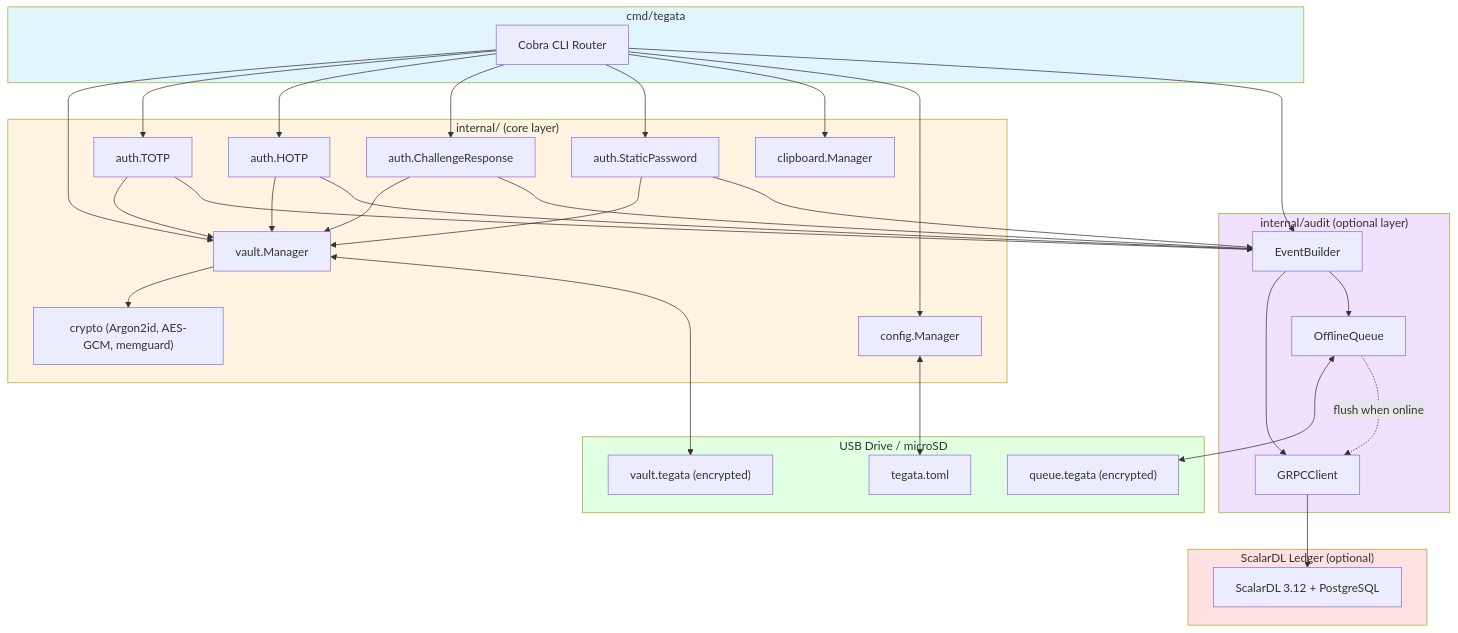
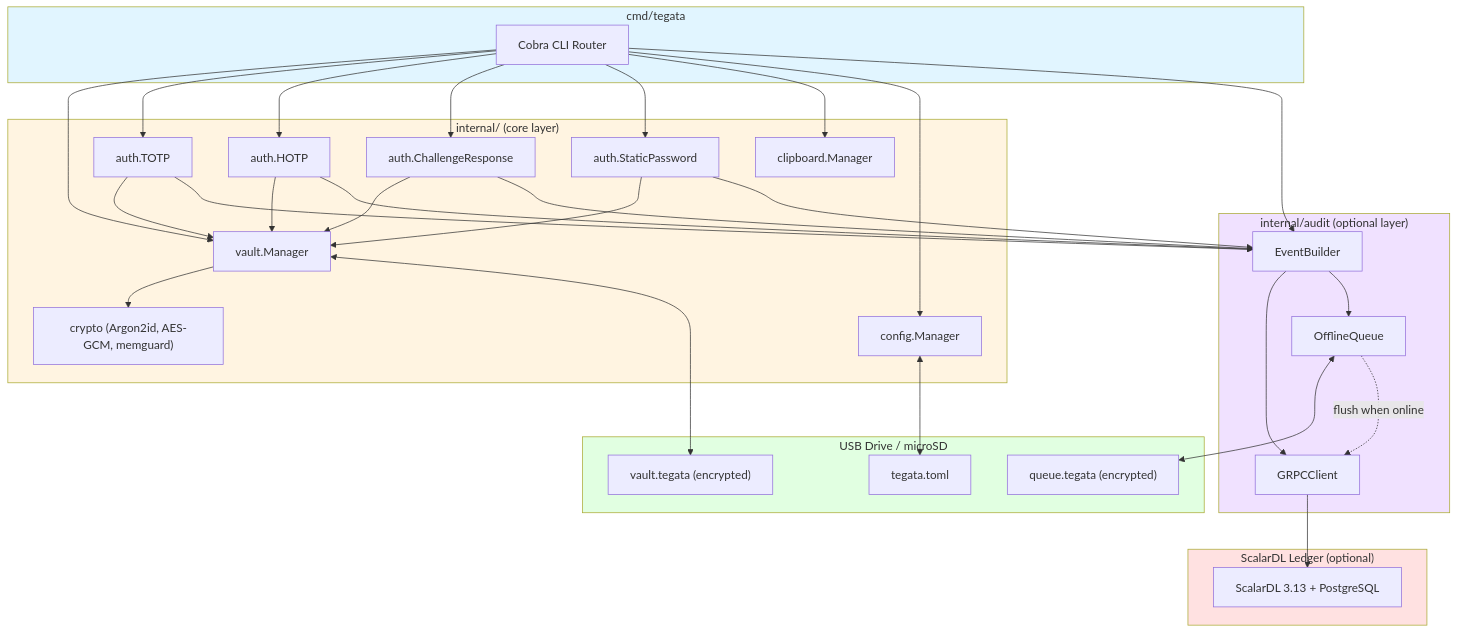
One commit to josh-wong/tegata changed the first of 3 diagrams in docs/v1-design-doc.md. Above: the diagram before and after it, drawn with Mermaid. The commit also changed other lines of this file and 4 other files, not shown here.

````diff
--- a/docs/v1-design-doc.md
+++ b/docs/v1-design-doc.md
@@ -92,68 +92,68 @@
 ```mermaid
 graph TB
     subgraph CLI["cmd/tegata"]
         Cobra["Cobra CLI Router"]
     end
 
     subgraph Core["internal/ (core layer)"]
         VM["vault.Manager"]
         TOTP["auth.TOTP"]
         HOTP["auth.HOTP"]
         CR["auth.ChallengeResponse"]
         Static["auth.StaticPassword"]
         Clip["clipboard.Manager"]
         Cfg["config.Manager"]
         Crypto["crypto (Argon2id, AES-GCM, memguard)"]
     end
 
     subgraph AuditLayer["internal/audit (optional layer)"]
         EB["EventBuilder"]
         GRPC["GRPCClient"]
         OQ["OfflineQueue"]
     end
 
     subgraph Disk["USB Drive / microSD"]
         VaultFile["vault.tegata (encrypted)"]
         QueueFile["queue.tegata (encrypted)"]
         ConfigFile["tegata.toml"]
     end
 
     subgraph Remote["ScalarDL Ledger (optional)"]
-        Ledger["ScalarDL 3.12 + PostgreSQL"]
+        Ledger["ScalarDL 3.13 + PostgreSQL"]
     end
 
     Cobra --> VM
     Cobra --> TOTP
     Cobra --> HOTP
     Cobra --> CR
     Cobra --> Static
     Cobra --> Clip
     Cobra --> Cfg
     Cobra --> EB
 
     VM --> Crypto
     VM <--> VaultFile
     TOTP --> VM
     HOTP --> VM
     CR --> VM
     Static --> VM
 
     TOTP --> EB
     HOTP --> EB
     CR --> EB
     Static --> EB
 
     EB --> GRPC
     EB --> OQ
     GRPC --> Ledger
     OQ <--> QueueFile
     OQ -.->|"flush when online"| GRPC
 
     Cfg <--> ConfigFile
 
     style CLI fill:#e1f5ff
     style Core fill:#fff4e1
     style AuditLayer fill:#f0e1ff
     style Disk fill:#e1ffe1
     style Remote fill:#ffe1e1
 ```
````
